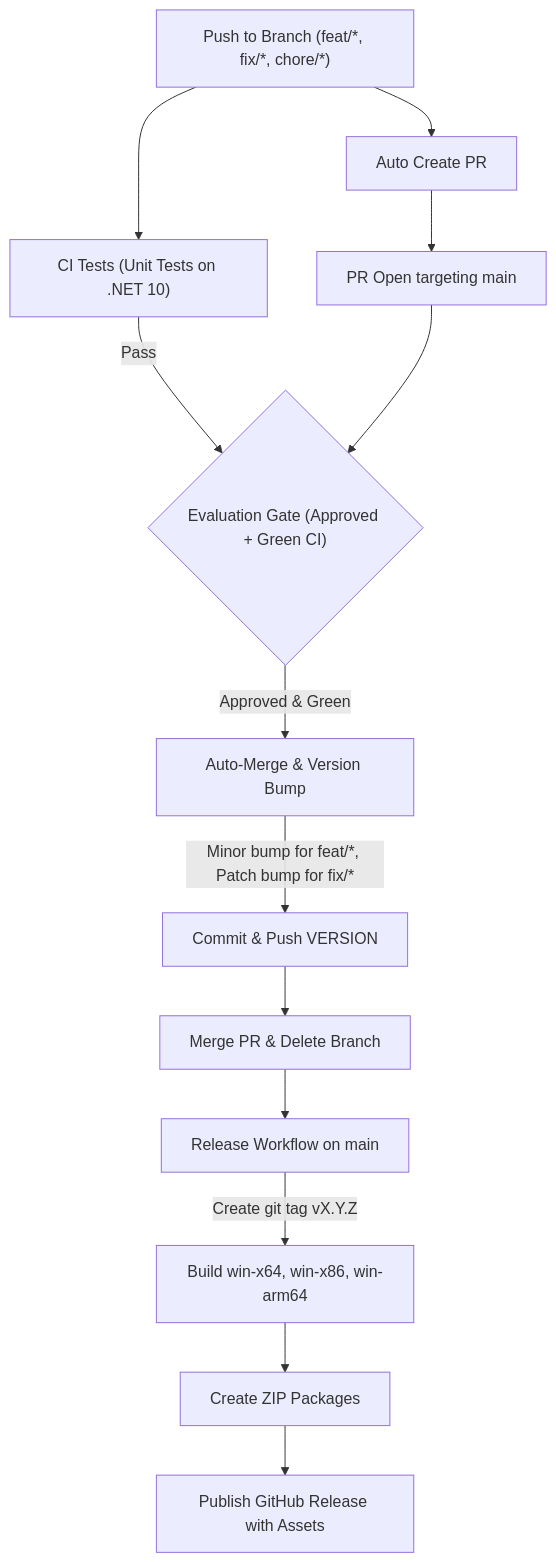
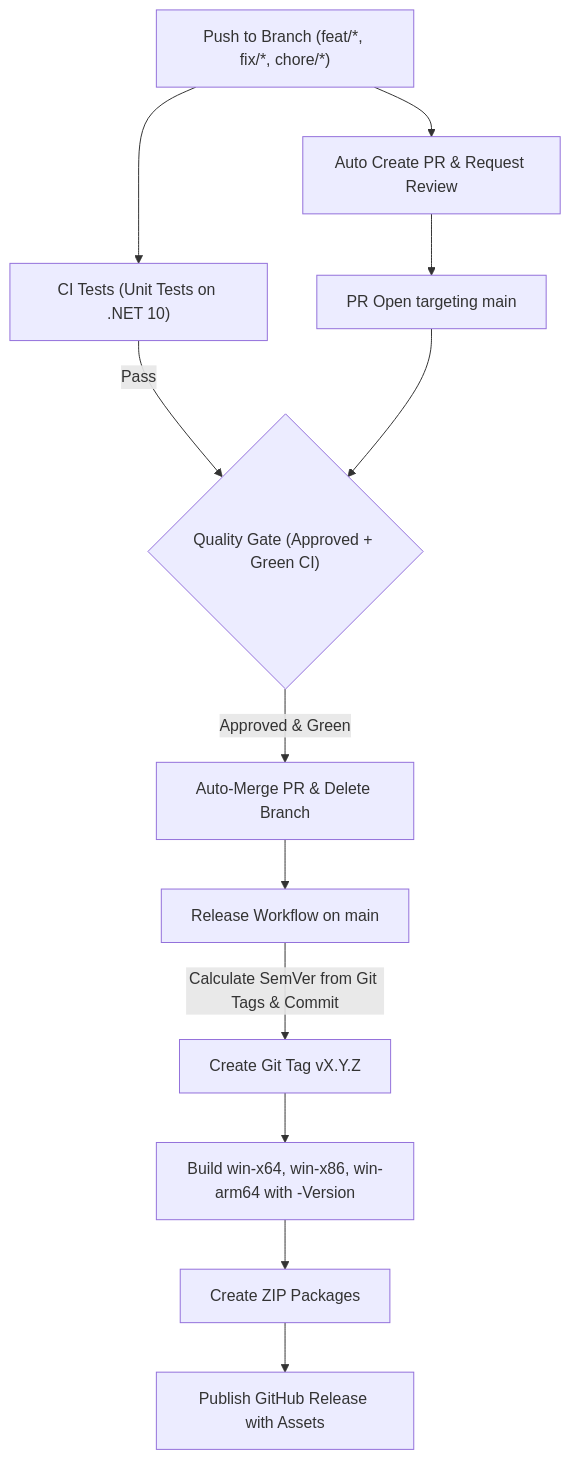
One commit to mercdev-corp/mic-helper changed the diagram in README.md. Above: the diagram before and after it, drawn with Mermaid. The commit also changed other lines of this file and 7 other files, not shown here.

Commit message:
feat(ci): switch to git-tag based semver and remove VERSION file

````diff
--- a/README.md
+++ b/README.md
@@ -252,15 +252,14 @@
 ```mermaid
 flowchart TD
-    A["Push to Branch (feat/*, fix/*, chore/*)"] --> B["Auto Create PR"]
+    A["Push to Branch (feat/*, fix/*, chore/*)"] --> B["Auto Create PR & Request Review"]
     A --> C["CI Tests (Unit Tests on .NET 10)"]
     B --> D["PR Open targeting main"]
-    C -->|Pass| E{"Evaluation Gate (Approved + Green CI)"}
+    C -->|Pass| E{"Quality Gate (Approved + Green CI)"}
     D --> E
-    E -->|Approved & Green| F["Auto-Merge & Version Bump"]
-    F -->|Minor bump for feat/*, Patch bump for fix/*| G["Commit & Push VERSION"]
-    G --> H["Merge PR & Delete Branch"]
-    H --> I["Release Workflow on main"]
-    I -->|Create git tag vX.Y.Z| J["Build win-x64, win-x86, win-arm64"]
-    J --> K["Create ZIP Packages"]
-    K --> L["Publish GitHub Release with Assets"]
+    E -->|Approved & Green| F["Auto-Merge PR & Delete Branch"]
+    F --> G["Release Workflow on main"]
+    G -->|Calculate SemVer from Git Tags & Commit| H["Create Git Tag vX.Y.Z"]
+    H --> I["Build win-x64, win-x86, win-arm64 with -Version"]
+    I --> J["Create ZIP Packages"]
+    J --> K["Publish GitHub Release with Assets"]
 ```
````
